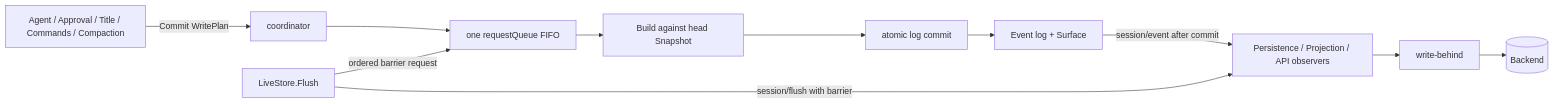
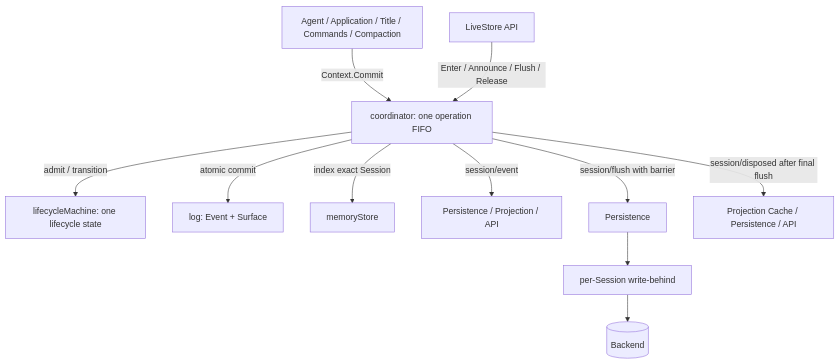
The first of 5 diagrams in session/docs/design.zh-CN.md (gorenx/goren), drawn with Mermaid before and after one commit. The commit also changed other lines of this file and 4 other files, not shown here.

Commit message:
docs(session): document lifecycle and cache ownership

````diff
--- a/session/docs/design.zh-CN.md
+++ b/session/docs/design.zh-CN.md
@@ -31,14 +40,14 @@
 ```mermaid
-flowchart LR
-    P[Agent / Approval / Title / Commands / Compaction]
-    P -->|Commit WritePlan| C[coordinator]
-    C --> Q[one requestQueue FIFO]
-    Q --> B[Build against head Snapshot]
-    B --> A[atomic log commit]
-    A --> L[Event log + Surface]
-    L -->|session/event after commit| O[Persistence / Projection / API observers]
-    F[LiveStore.Flush] -->|ordered barrier request| Q
-    F -->|session/flush with barrier| O
-    O --> W[write-behind]
-    W --> D[(Backend)]
+flowchart TD
+    A[Agent / Application / Title / Commands / Compaction]
+    A -->|Context.Commit| C[coordinator: one operation FIFO]
+    L[LiveStore API] -->|Enter / Announce / Flush / Release| C
+    C -->|admit / transition| S[lifecycleMachine: one lifecycle state]
+    C -->|atomic commit| G[log: Event + Surface]
+    C -->|index exact Session| M[memoryStore]
+    C -->|session/event| O[Persistence / Projection / API]
+    C -->|session/flush with barrier| P[Persistence]
+    C -->|session/disposed after final flush| R[Projection Cache / Persistence / API]
+    P --> W[per-Session write-behind]
+    W --> B[(Backend)]
 ```
````
